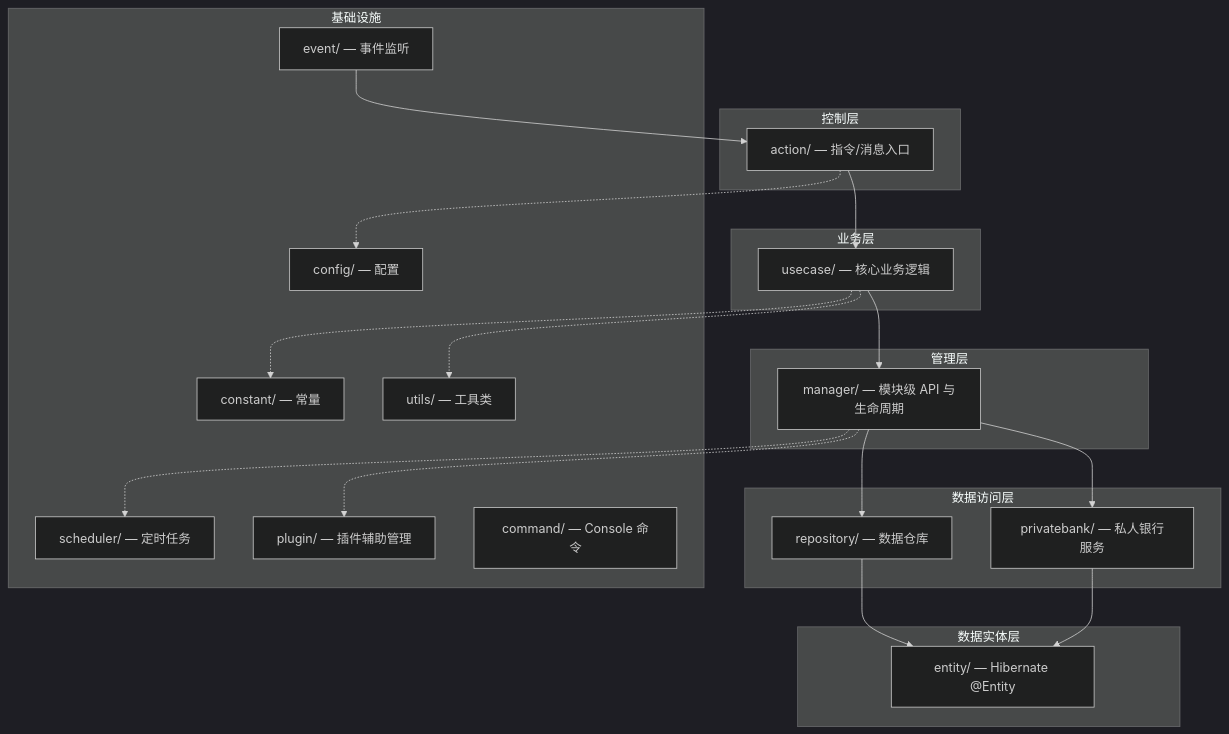
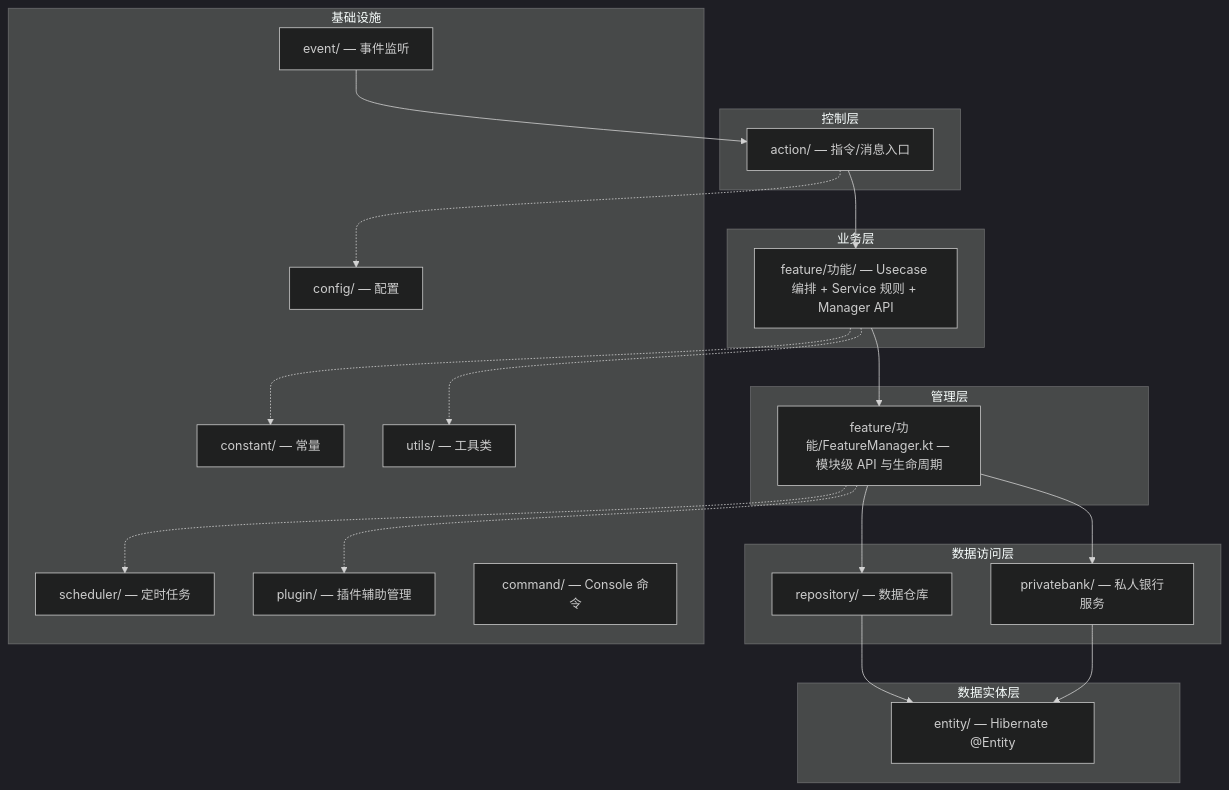
Before and after one commit to Moyuyanli/HuYanEconomy: the second of 4 diagrams in docs/项目结构说明.md, drawn with Mermaid (dark theme). The commit also changed other lines of this file and 57 other files, not shown here.

````diff
--- a/docs/项目结构说明.md
+++ b/docs/项目结构说明.md
@@ -216,47 +219,47 @@
 ```mermaid
 graph TD
     subgraph 控制层
         A[action/ — 指令/消息入口]
     end
 
     subgraph 业务层
-        B[usecase/ — 核心业务逻辑]
+        B["feature/功能/ — Usecase 编排 + Service 规则 + Manager API"]
     end
 
     subgraph 管理层
-        C[manager/ — 模块级 API 与生命周期]
+        C["feature/功能/FeatureManager.kt — 模块级 API 与生命周期"]
     end
 
     subgraph 数据访问层
         D[repository/ — 数据仓库]
         E[privatebank/ — 私人银行服务]
     end
 
     subgraph 数据实体层
         F[entity/ — Hibernate @Entity]
     end
 
     subgraph 基础设施
         G[config/ — 配置]
         H[constant/ — 常量]
         I[utils/ — 工具类]
         J[scheduler/ — 定时任务]
         K[plugin/ — 插件辅助管理]
         L[event/ — 事件监听]
         M[command/ — Console 命令]
     end
 
     A --> B
     B --> C
     C --> D
     C --> E
     D --> F
     E --> F
 
     B -.-> I
     B -.-> H
     A -.-> G
     C -.-> J
     C -.-> K
     L --> A
 ```
````
